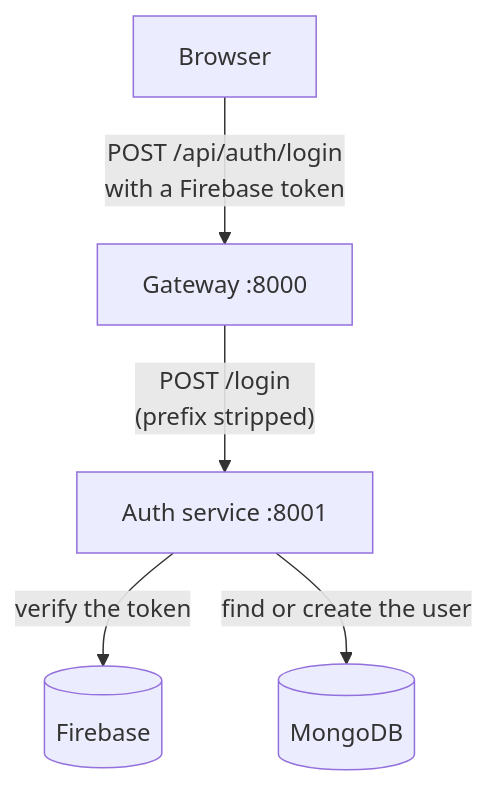
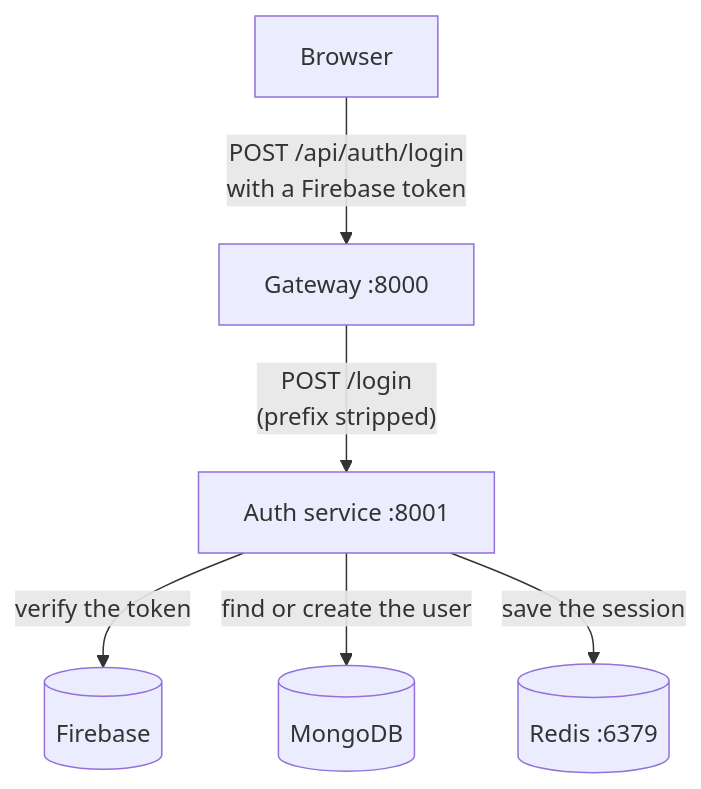
One commit to yamanhassan1/NexPulse changed the diagram in docs/backend/README.md. Above: the diagram before and after it, drawn with Mermaid. The commit also changed other lines of this file and 14 other files, not shown here.

First line of the commit message:
feat: implement session management with Redis for login/logout functionality

````diff
--- a/docs/backend/README.md
+++ b/docs/backend/README.md
@@ -90,7 +104,8 @@
 ```mermaid
 flowchart TD
     B[Browser] -->|"POST /api/auth/login<br>with a Firebase token"| G["Gateway :8000"]
     G -->|"POST /login<br>(prefix stripped)"| A["Auth service :8001"]
     A -->|"verify the token"| F[("Firebase")]
     A -->|"find or create the user"| M[("MongoDB")]
+    A -->|"save the session"| R[("Redis :6379")]
 ```
````
